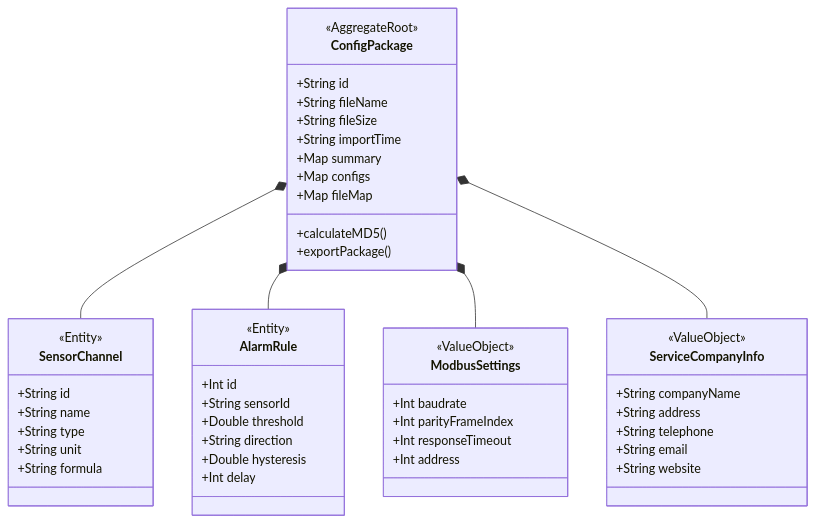
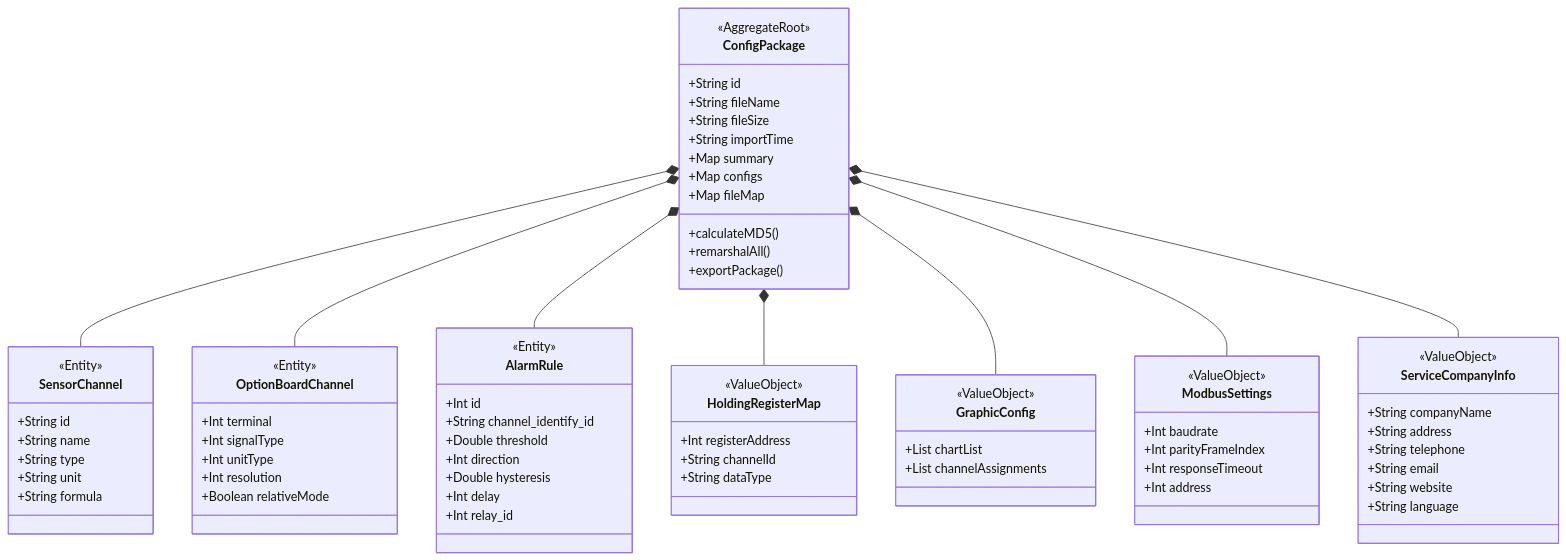
One commit to afeifly/smallNfast changed the second of 3 diagrams in s4c-web/docs/report/ddd_prd_report.md. Above: the diagram before and after it, drawn with Mermaid. The commit also changed other lines of this file and 22 other files, not shown here.

````diff
--- a/s4c-web/docs/report/ddd_prd_report.md
+++ b/s4c-web/docs/report/ddd_prd_report.md
@@ -83,51 +124,77 @@
 ```mermaid
 classDiagram
     class ConfigPackage {
         <<AggregateRoot>>
         +String id
         +String fileName
         +String fileSize
         +String importTime
         +Map summary
         +Map configs
         +Map fileMap
         +calculateMD5()
+        +remarshalAll()
         +exportPackage()
     }
     class SensorChannel {
         <<Entity>>
         +String id
         +String name
         +String type
         +String unit
         +String formula
     }
+    class OptionBoardChannel {
+        <<Entity>>
+        +Int terminal
+        +Int signalType
+        +Int unitType
+        +Int resolution
+        +Boolean relativeMode
+    }
     class AlarmRule {
         <<Entity>>
         +Int id
-        +String sensorId
+        +String channel_identify_id
         +Double threshold
-        +String direction
+        +Int direction
         +Double hysteresis
         +Int delay
+        +Int relay_id
+    }
+    class HoldingRegisterMap {
+        <<ValueObject>>
+        +Int registerAddress
+        +String channelId
+        +String dataType
+    }
+    class GraphicConfig {
+        <<ValueObject>>
+        +List chartList
+        +List channelAssignments
     }
     class ModbusSettings {
         <<ValueObject>>
         +Int baudrate
         +Int parityFrameIndex
         +Int responseTimeout
         +Int address
     }
     class ServiceCompanyInfo {
         <<ValueObject>>
         +String companyName
         +String address
         +String telephone
         +String email
         +String website
+        +String language
     }
+
     ConfigPackage *-- SensorChannel
+    ConfigPackage *-- OptionBoardChannel
     ConfigPackage *-- AlarmRule
+    ConfigPackage *-- HoldingRegisterMap
+    ConfigPackage *-- GraphicConfig
     ConfigPackage *-- ModbusSettings
     ConfigPackage *-- ServiceCompanyInfo
 ```
````
